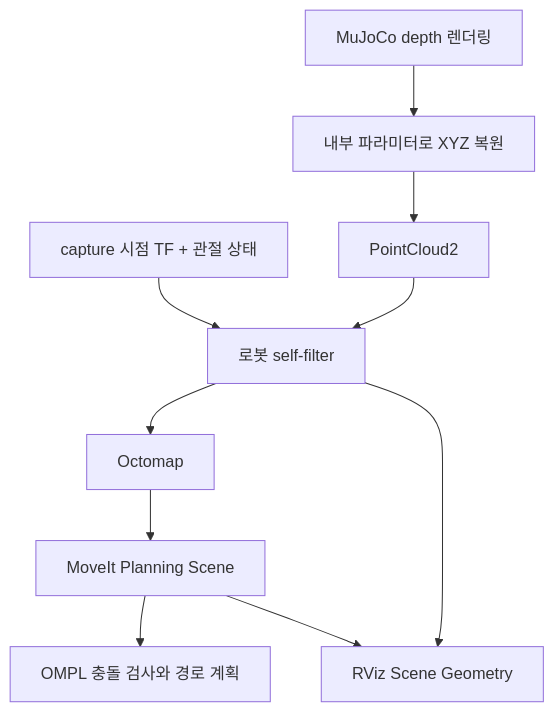
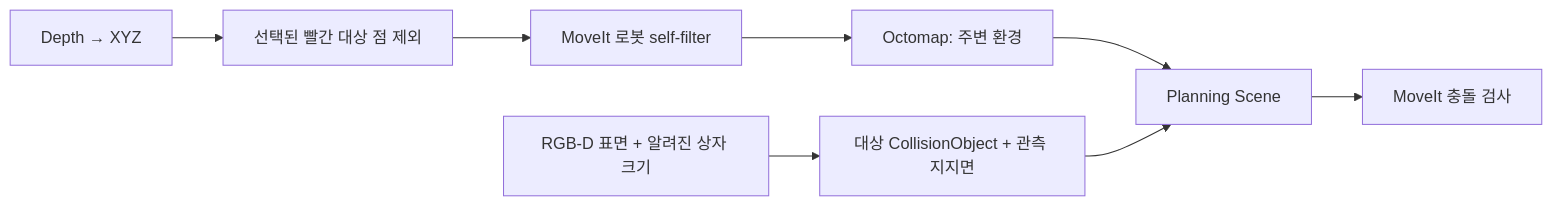
The second of 2 diagrams in docs/depth-bt-flow.md (ggh-png/rwh_beyond), drawn with Mermaid before and after one commit. The commit also changed other lines of this file and 71 other files, not shown here.

````diff
--- a/docs/depth-bt-flow.md
+++ b/docs/depth-bt-flow.md
@@ -34,12 +32,10 @@
 ```mermaid
-flowchart TD
-    D["MuJoCo depth 렌더링"] --> C["내부 파라미터로 XYZ 복원"]
-    C --> P["PointCloud2"]
-    TF["capture 시점 TF + 관절 상태"] --> F["로봇 self-filter"]
-    P --> F
-    F --> O["Octomap"]
-    O --> S["MoveIt Planning Scene"]
-    S --> M["OMPL 충돌 검사와 경로 계획"]
-    S --> V["RViz Scene Geometry"]
-    F --> V
+flowchart LR
+  D[Depth → XYZ] --> X[선택된 빨간 대상 점 제외]
+  X --> F[MoveIt 로봇 self-filter]
+  F --> O[Octomap: 주변 환경]
+  R[RGB-D 표면 + 알려진 상자 크기] --> C[대상 CollisionObject + 관측 지지면]
+  O --> S[Planning Scene]
+  C --> S
+  S --> P[MoveIt 충돌 검사]
 ```
````
